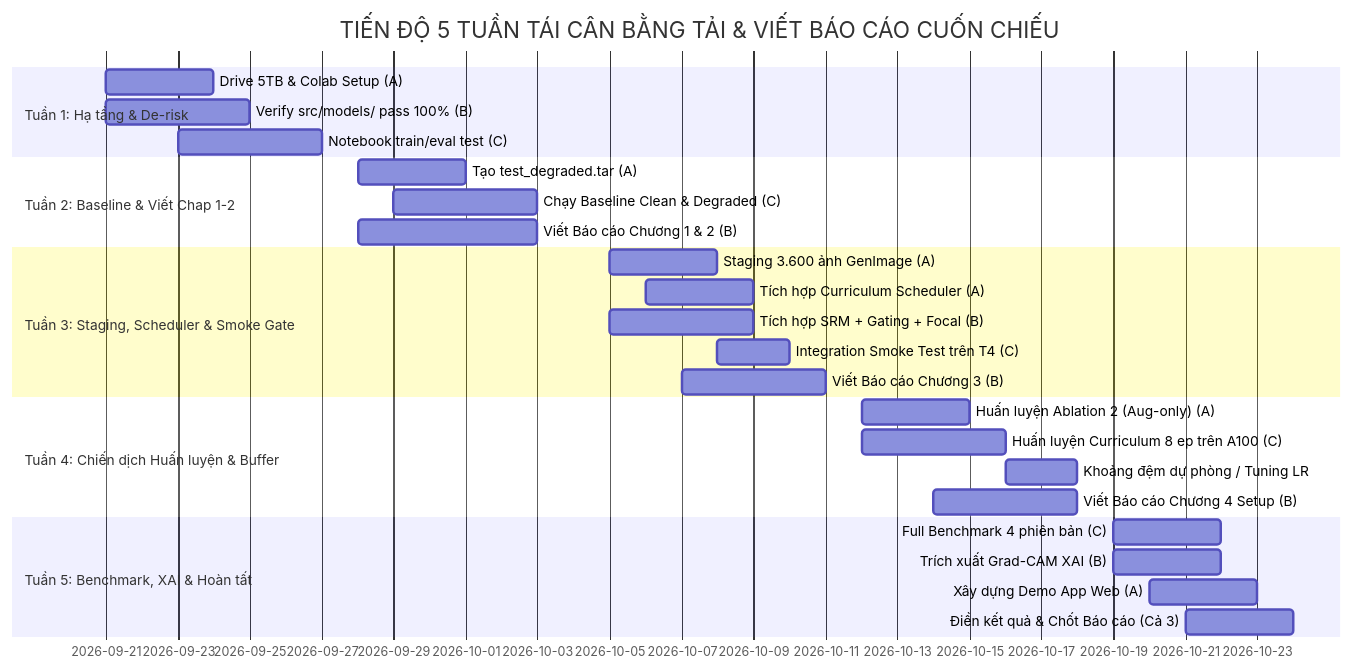
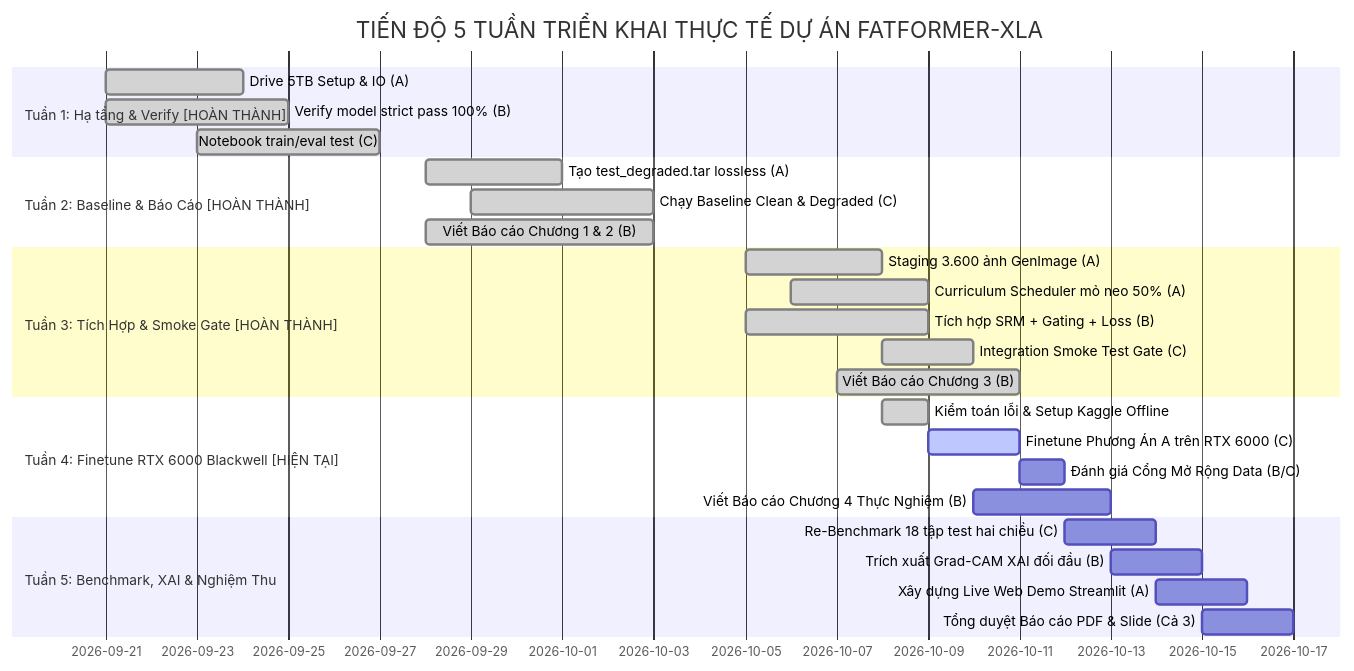
The diagram in docs/plan/ke_hoach.md (LeeVHoangtk3/fatformer-xla), drawn with Mermaid before and after one commit. The commit also changed other lines of this file and 19 other files, not shown here.

First line of the commit message:
feat(training): complete plan A finetune on kaggle blackwell & freeze epoch 3 best model

````diff
--- a/docs/plan/ke_hoach.md
+++ b/docs/plan/ke_hoach.md
@@ -118,29 +108,29 @@
 ```mermaid
 gantt
-    title TIẾN ĐỘ 5 TUẦN TÁI CÂN BẰNG TẢI & VIẾT BÁO CÁO CUỐN CHIẾU
+    title TIẾN ĐỘ 5 TUẦN TRIỂN KHAI THỰC TẾ DỰ ÁN FATFORMER-XLA
     dateFormat  YYYY-MM-DD
-    section Tuần 1: Hạ tầng & De-risk
-    Drive 5TB & Colab Setup (A)       :t1_a, 2026-09-21, 3d
-    Verify src/models/ pass 100% (B)  :t1_b, 2026-09-21, 4d
-    Notebook train/eval test (C)       :t1_c, 2026-09-23, 4d
-    section Tuần 2: Baseline & Viết Chap 1-2
-    Tạo test_degraded.tar (A)         :t2_a, 2026-09-28, 3d
-    Chạy Baseline Clean & Degraded (C):t2_c, 2026-09-29, 4d
-    Viết Báo cáo Chương 1 & 2 (B)     :t2_b, 2026-09-28, 5d
-    section Tuần 3: Staging, Scheduler & Smoke Gate
-    Staging 3.600 ảnh GenImage (A)    :t3_a, 2026-10-05, 3d
-    Tích hợp Curriculum Scheduler (A) :t3_s, 2026-10-06, 3d
-    Tích hợp SRM + Gating + Focal (B) :t3_b, 2026-10-05, 4d
-    Integration Smoke Test trên T4 (C):t3_c, 2026-10-08, 2d
-    Viết Báo cáo Chương 3 (B)         :t3_w, 2026-10-07, 4d
-    section Tuần 4: Chiến dịch Huấn luyện & Buffer
-    Huấn luyện Ablation 2 (Aug-only) (A):t4_a, 2026-10-12, 3d
-    Huấn luyện Curriculum 8 ep trên A100 (C):t4_c, 2026-10-12, 4d
-    Khoảng đệm dự phòng / Tuning LR   :t4_buf, 2026-10-16, 2d
-    Viết Báo cáo Chương 4 Setup (B)   :t4_w, 2026-10-14, 4d
-    section Tuần 5: Benchmark, XAI & Hoàn tất
-    Full Benchmark 4 phiên bản (C)    :t5_c, 2026-10-19, 3d
-    Trích xuất Grad-CAM XAI (B)       :t5_b, 2026-10-19, 3d
-    Xây dựng Demo App Web (A)         :t5_a, 2026-10-20, 3d
-    Điền kết quả & Chốt Báo cáo (Cả 3):t5_all, 2026-10-21, 3d
+    section Tuần 1: Hạ tầng & Verify [HOÀN THÀNH]
+    Drive 5TB Setup & IO (A)          :done, t1_a, 2026-09-21, 3d
+    Verify model strict pass 100% (B) :done, t1_b, 2026-09-21, 4d
+    Notebook train/eval test (C)      :done, t1_c, 2026-09-23, 4d
+    section Tuần 2: Baseline & Báo Cáo [HOÀN THÀNH]
+    Tạo test_degraded.tar lossless (A):done, t2_a, 2026-09-28, 3d
+    Chạy Baseline Clean & Degraded (C):done, t2_c, 2026-09-29, 4d
+    Viết Báo cáo Chương 1 & 2 (B)    :done, t2_b, 2026-09-28, 5d
+    section Tuần 3: Tích Hợp & Smoke Gate [HOÀN THÀNH]
+    Staging 3.600 ảnh GenImage (A)   :done, t3_a, 2026-10-05, 3d
+    Curriculum Scheduler mỏ neo 50% (A):done, t3_s, 2026-10-06, 3d
+    Tích hợp SRM + Gating + Loss (B) :done, t3_b, 2026-10-05, 4d
+    Integration Smoke Test Gate (C)  :done, t3_c, 2026-10-08, 2d
+    Viết Báo cáo Chương 3 (B)        :done, t3_w, 2026-10-07, 4d
+    section Tuần 4: Finetune RTX 6000 Blackwell [HIỆN TẠI]
+    Kiểm toán lỗi & Setup Kaggle Offline:done, t4_audit, 2026-10-08, 1d
+    Finetune Phương Án A trên RTX 6000 (C):active, t4_train, 2026-10-09, 2d
+    Đánh giá Cổng Mở Rộng Data (B/C) :t4_gate, 2026-10-11, 1d
+    Viết Báo cáo Chương 4 Thực Nghiệm (B):t4_w, 2026-10-10, 3d
+    section Tuần 5: Benchmark, XAI & Nghiệm Thu
+    Re-Benchmark 18 tập test hai chiều (C):t5_c, 2026-10-12, 2d
+    Trích xuất Grad-CAM XAI đối đầu (B):t5_b, 2026-10-13, 2d
+    Xây dựng Live Web Demo Streamlit (A):t5_a, 2026-10-14, 2d
+    Tổng duyệt Báo cáo PDF & Slide (Cả 3):t5_all, 2026-10-15, 2d
 ```
````
